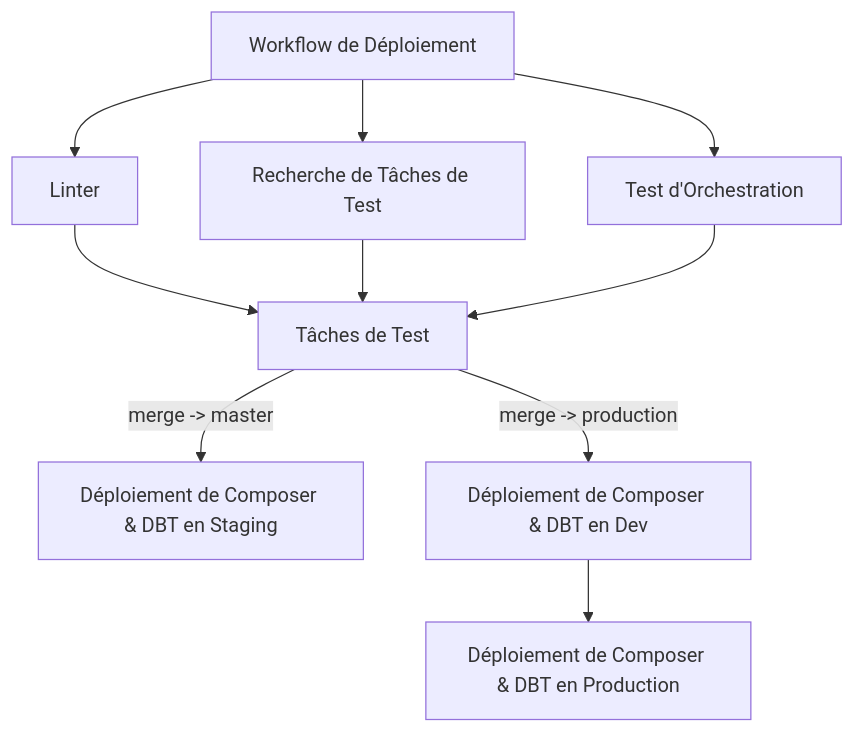
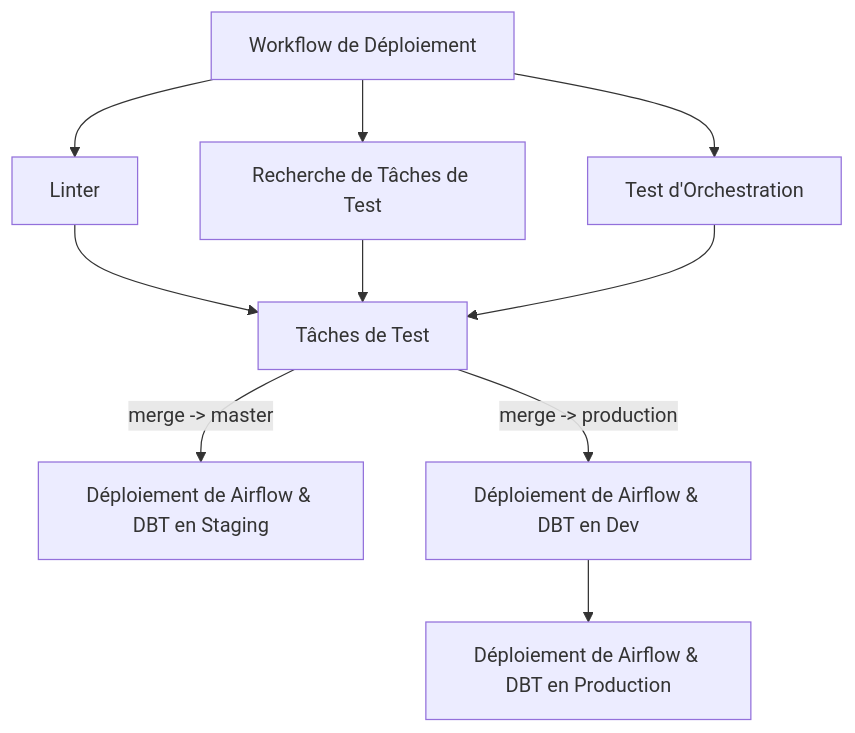
Before and after one commit to pass-culture/data-gcp: the second of 2 diagrams in .github/workflows/README.md, drawn with Mermaid. The commit also changed other lines of this file and 6 other files, not shown here.

````diff
--- a/.github/workflows/README.md
+++ b/.github/workflows/README.md
@@ -80,12 +80,12 @@
 ```mermaid
 graph TD;
     A[Workflow de Déploiement] --> B[Linter]
     A --> C[Recherche de Tâches de Test]
     A --> D[Test d'Orchestration]
     B --> E[Tâches de Test]
     C --> E
     D --> E
-    E -->|merge -> master| H[Déploiement de Composer & DBT en Staging]
-    E -->|merge -> production| F[Déploiement de Composer & DBT en Dev]
-    F --> G[Déploiement de Composer & DBT en Production]
+    E -->|merge -> master| H[Déploiement de Airflow & DBT en Staging]
+    E -->|merge -> production| F[Déploiement de Airflow & DBT en Dev]
+    F --> G[Déploiement de Airflow & DBT en Production]
 ```
````
